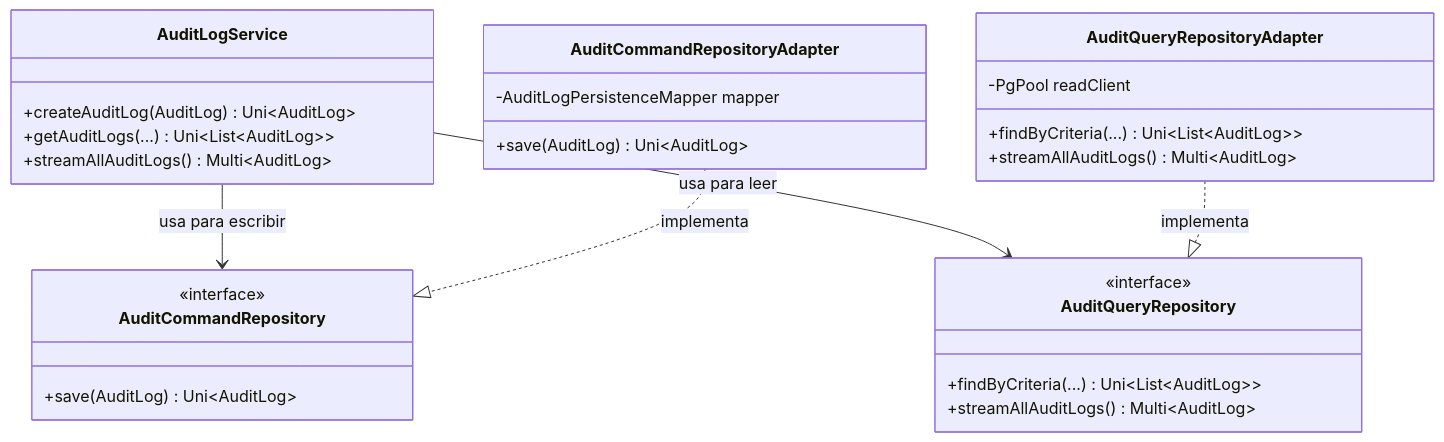
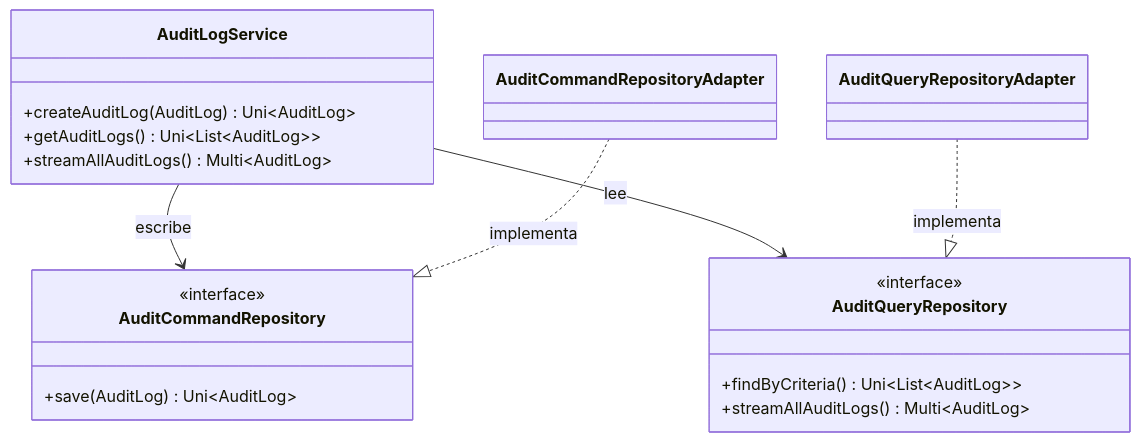
One commit to teamdroid-trainer/docs-docusaurus-trainer changed the second of 3 diagrams in docs/backend-java-quarkus/04-persistencia-cache/persistencia-cqrs-postgres.md. Above: the diagram before and after it, drawn with Mermaid. The commit also changed other lines of this file and 35 other files, not shown here.

````diff
--- a/docs/backend-java-quarkus/04-persistencia-cache/persistencia-cqrs-postgres.md
+++ b/docs/backend-java-quarkus/04-persistencia-cache/persistencia-cqrs-postgres.md
@@ -138,35 +172,24 @@
 ```mermaid
 classDiagram
     class AuditLogService {
         +createAuditLog(AuditLog) Uni~AuditLog~
-        +getAuditLogs(...) Uni~List~AuditLog~~
+        +getAuditLogs() Uni~List~AuditLog~~
         +streamAllAuditLogs() Multi~AuditLog~
     }
 
     class AuditCommandRepository {
         <<interface>>
         +save(AuditLog) Uni~AuditLog~
     }
 
     class AuditQueryRepository {
         <<interface>>
-        +findByCriteria(...) Uni~List~AuditLog~~
+        +findByCriteria() Uni~List~AuditLog~~
         +streamAllAuditLogs() Multi~AuditLog~
     }
 
-    class AuditCommandRepositoryAdapter {
-        -AuditLogPersistenceMapper mapper
-        +save(AuditLog) Uni~AuditLog~
-    }
-
-    class AuditQueryRepositoryAdapter {
-        -PgPool readClient
-        +findByCriteria(...) Uni~List~AuditLog~~
-        +streamAllAuditLogs() Multi~AuditLog~
-    }
-
-    AuditLogService --> AuditCommandRepository : usa para escribir
-    AuditLogService --> AuditQueryRepository : usa para leer
+    AuditLogService --> AuditCommandRepository : escribe
+    AuditLogService --> AuditQueryRepository : lee
     AuditCommandRepositoryAdapter ..|> AuditCommandRepository : implementa
     AuditQueryRepositoryAdapter ..|> AuditQueryRepository : implementa
 ```
````
